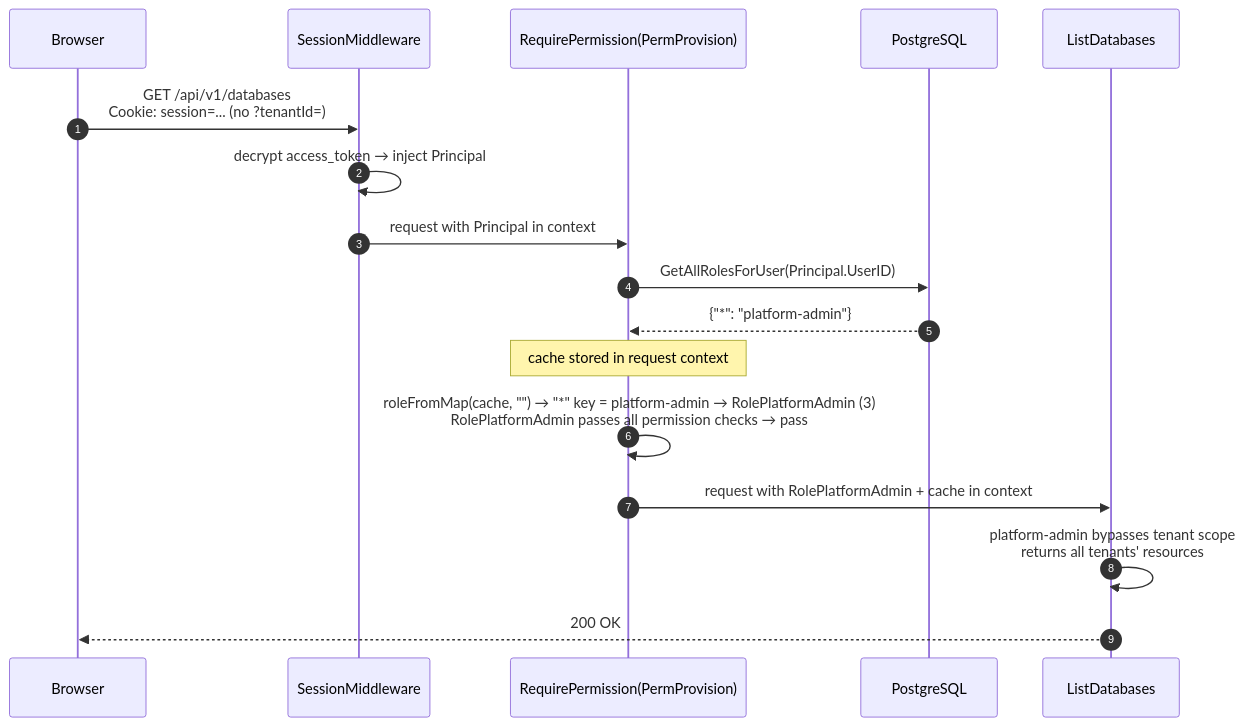
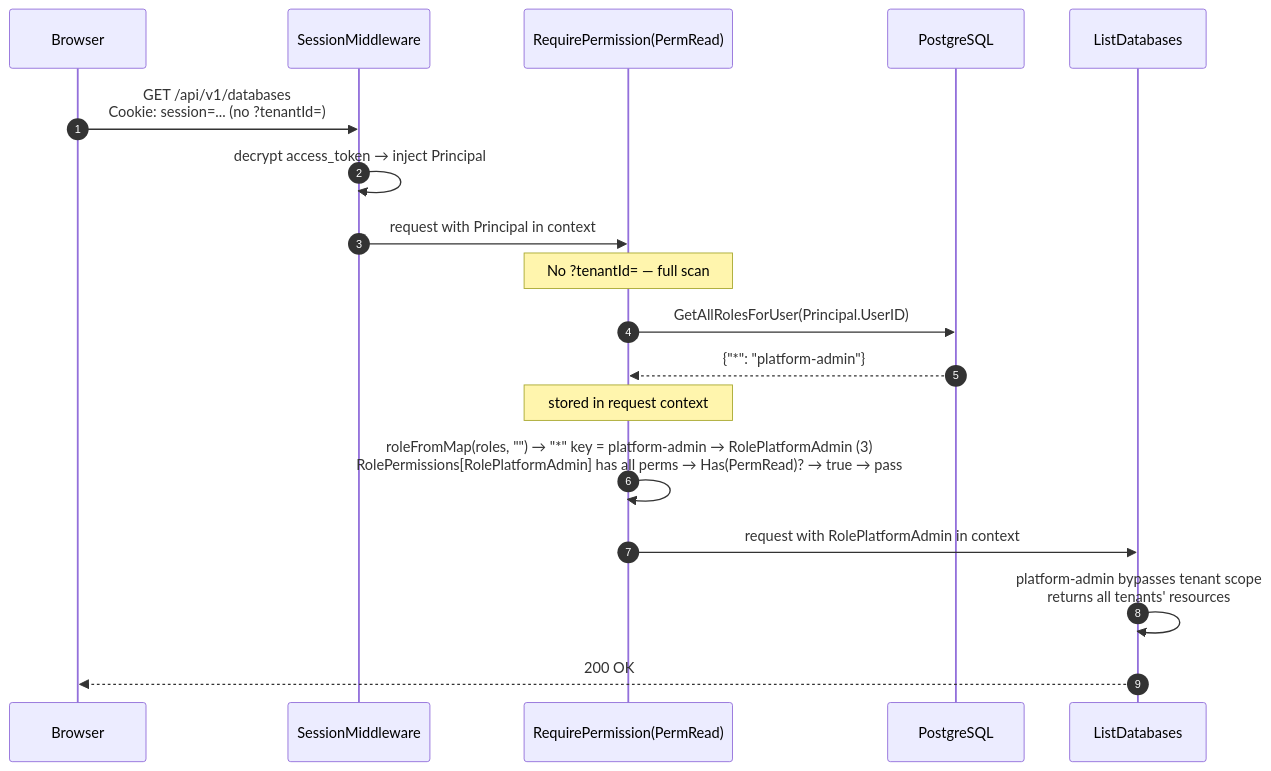
Before and after one commit to aripermana-putra/ucp-docs-collection: the fifth of 5 diagrams in docs/projects/universal-control-plane-ucp/pocs/rbac/implementation.md, drawn with Mermaid. The commit also changed other lines of this file, not shown here.

````diff
--- a/docs/projects/universal-control-plane-ucp/pocs/rbac/implementation.md
+++ b/docs/projects/universal-control-plane-ucp/pocs/rbac/implementation.md
@@ -441,24 +444,25 @@
 ```mermaid
 sequenceDiagram
     autonumber
 
     participant Browser
     participant Session as SessionMiddleware
-    participant Middleware as RequirePermission(PermProvision)
+    participant Middleware as RequirePermission(PermRead)
     participant DB as PostgreSQL
     participant Handler as ListDatabases
 
     Browser->>Session: GET /api/v1/databases<br/>Cookie: session=... (no ?tenantId=)
     Session->>Session: decrypt access_token → inject Principal
     Session->>Middleware: request with Principal in context
 
+    Note over Middleware: No ?tenantId= — full scan
     Middleware->>DB: GetAllRolesForUser(Principal.UserID)
     DB-->>Middleware: {"*": "platform-admin"}
-    Note over Middleware: cache stored in request context
+    Note over Middleware: stored in request context
 
-    Middleware->>Middleware: roleFromMap(cache, "") → "*" key = platform-admin → RolePlatformAdmin (3)<br/>RolePlatformAdmin passes all permission checks → pass
+    Middleware->>Middleware: roleFromMap(roles, "") → "*" key = platform-admin → RolePlatformAdmin (3)<br/>RolePermissions[RolePlatformAdmin] has all perms → Has(PermRead)? → true → pass
 
-    Middleware->>Handler: request with RolePlatformAdmin + cache in context
+    Middleware->>Handler: request with RolePlatformAdmin in context
     Handler->>Handler: platform-admin bypasses tenant scope<br/>returns all tenants' resources
     Handler-->>Browser: 200 OK
 ```
````
